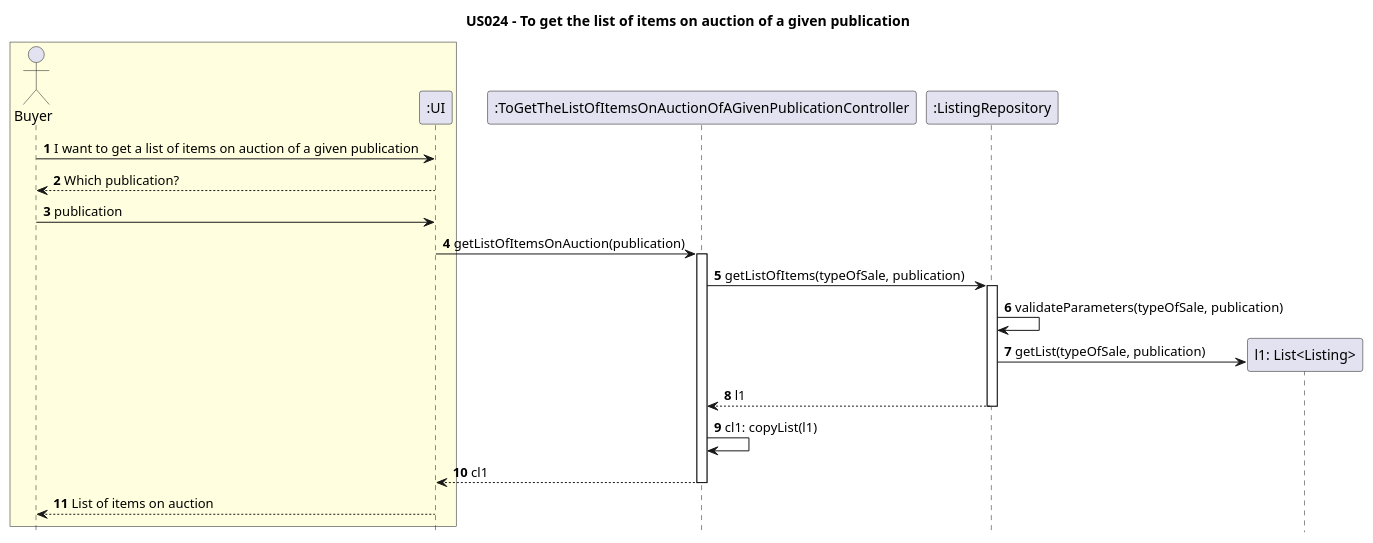
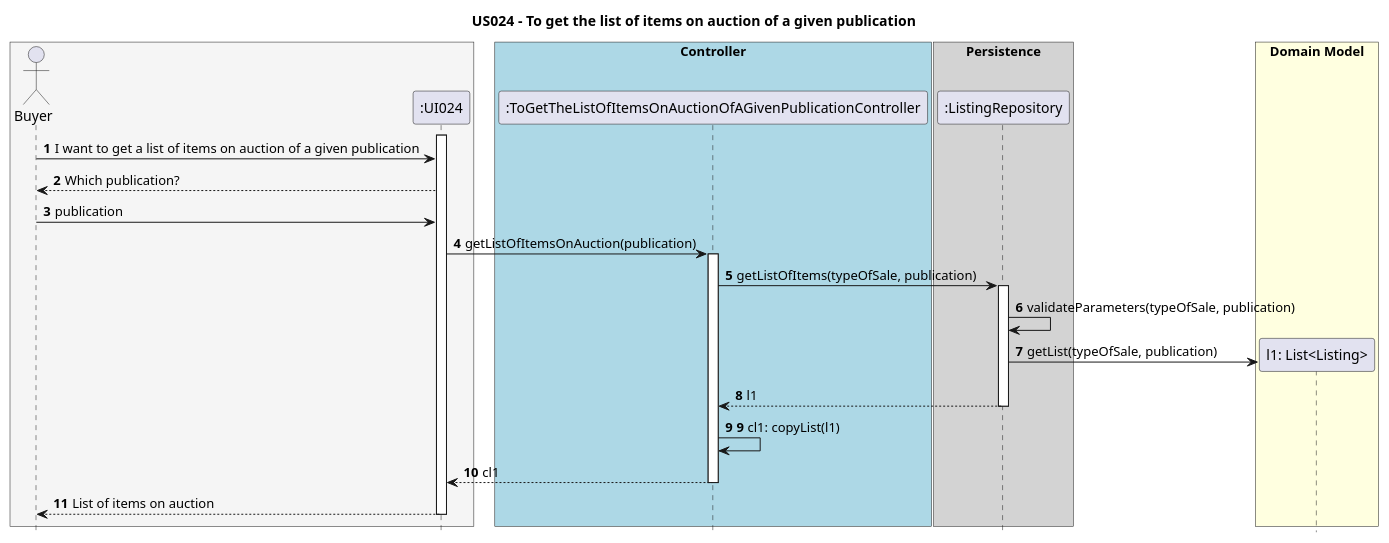
One commit to AndrePereiraGitH/SWitCH-Project-Team_A changed the diagram in Diagrams/SequenceDiagrams/N2/US024-to-get-the-list-of-items-on-auction-of-a-given-publication.puml. Above: the diagram before and after it, drawn with PlantUML. The commit also changed 1 other file, not shown here.

```diff
--- a/Diagrams/SequenceDiagrams/N2/US024-to-get-the-list-of-items-on-auction-of-a-given-publication.puml
+++ b/Diagrams/SequenceDiagrams/N2/US024-to-get-the-list-of-items-on-auction-of-a-given-publication.puml
@@ -1,50 +1,60 @@
 @startuml
 
 hide footbox
+autonumber
 title US024 - To get the list of items on auction of a given publication
 
-box #LightYellow
+box #WhiteSmoke
 actor Buyer
-participant ":UI" as UI
+participant ":UI024" as UI024
 end box
 
+box "Controller" #LightBlue
 participant ":ToGetTheListOfItemsOnAuctionOfAGivenPublicationController" as ToGetTheListOfItemsOnAuctionOfAGivenPublicationController
+end box
+
+box "Persistence" #LightGrey
 participant ":ListingRepository" as ListingRepository
+end box
 
-' Buyer -> UI : **1** getListOfItems(typeOfSale, publication)
-Buyer -> UI : **1** I want to get a list of items on auction of a given publication
-Buyer <-- UI : **2** Which publication?
-Buyer -> UI : **3** publication
+' Buyer -> UI024 : **1** getListOfItems(typeOfSale, publication)
+activate UI024
+Buyer -> UI024 : I want to get a list of items on auction of a given publication
+Buyer <-- UI024 : Which publication?
+Buyer -> UI024 : publication
 
-' UI -> ToGetTheListOfItemsOnAuctionOfAGivenPublicationController : **4** getListOfItems(typeOfSale, publication)
-UI -> ToGetTheListOfItemsOnAuctionOfAGivenPublicationController : **4** getListOfItemsOnAuction(publication)
+' UI024 -> ToGetTheListOfItemsOnAuctionOfAGivenPublicationController : **4** getListOfItems(typeOfSale, publication)
+UI024 -> ToGetTheListOfItemsOnAuctionOfAGivenPublicationController : getListOfItemsOnAuction(publication)
 activate ToGetTheListOfItemsOnAuctionOfAGivenPublicationController
 
 ' ToGetTheListOfItemsOnAuctionOfAGivenPublicationController -> ListingRepository : **3** getListOfItems(typeOfSale, publication)
-ToGetTheListOfItemsOnAuctionOfAGivenPublicationController -> ListingRepository : **5** getListOfItems(typeOfSale, publication)
+ToGetTheListOfItemsOnAuctionOfAGivenPublicationController -> ListingRepository : getListOfItems(typeOfSale, publication)
 activate ListingRepository
 
 ' ItemRepository -> ItemRepository : **4** convertStringToEnum(typeOfSale, publication)
 
 ' ListingRepository -> ListingRepository : **4** validateParameters(typeOfSale, publication)
-ListingRepository -> ListingRepository : **6** validateParameters(typeOfSale, publication)
+ListingRepository -> ListingRepository : validateParameters(typeOfSale, publication)
 
+box "Domain Model" #LightYellow
 create "l1: List<Listing>" as Listing
 ' ListingRepository -> Item : **5** createList(typeOfSale, publication)
-ListingRepository -> Listing : **7** getList(typeOfSale, publication)
+ListingRepository -> Listing : getList(typeOfSale, publication)
+end box
 
 ' ListingRepository --> ToGetTheListOfItemsOnAuctionOfAGivenPublicationController : **6** List<Item> items
-ListingRepository --> ToGetTheListOfItemsOnAuctionOfAGivenPublicationController : **8** l1
+ListingRepository --> ToGetTheListOfItemsOnAuctionOfAGivenPublicationController : l1
 deactivate ListingRepository
 
 ' ToGetTheListOfItemsOnAuctionOfAGivenPublicationController -> ToGetTheListOfItemsOnAuctionOfAGivenPublicationController : **7** copyList(items)
 ToGetTheListOfItemsOnAuctionOfAGivenPublicationController -> ToGetTheListOfItemsOnAuctionOfAGivenPublicationController : **9** cl1: copyList(l1)
 
-'ToGetTheListOfItemsOnAuctionOfAGivenPublicationController --> UI : **8** List<copyItems> (copyItems)
-ToGetTheListOfItemsOnAuctionOfAGivenPublicationController --> UI : **10** cl1
+'ToGetTheListOfItemsOnAuctionOfAGivenPublicationController --> UI024 : **8** List<copyItems> (copyItems)
+ToGetTheListOfItemsOnAuctionOfAGivenPublicationController --> UI024 : cl1
 deactivate ToGetTheListOfItemsOnAuctionOfAGivenPublicationController
 
-'UI --> Buyer : **9** List<copyItems> (copyItems)'
-UI --> Buyer : **11** List of items on auction
+'UI024 --> Buyer : **9** List<copyItems> (copyItems)'
+UI024 --> Buyer : List of items on auction
+deactivate UI024
 
 @enduml
```
